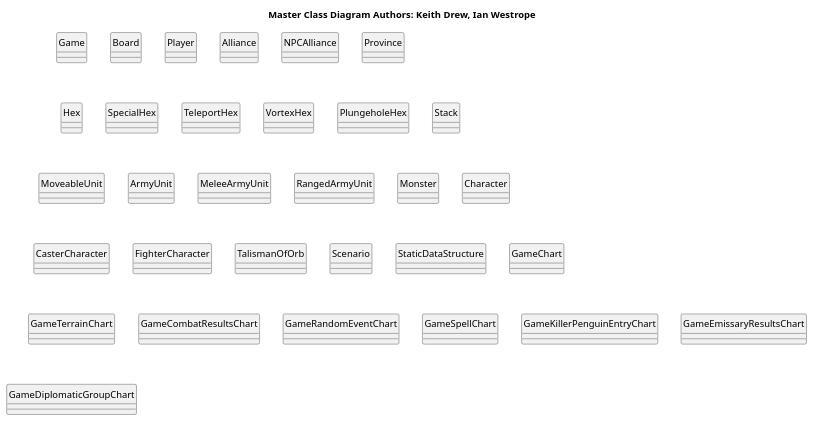
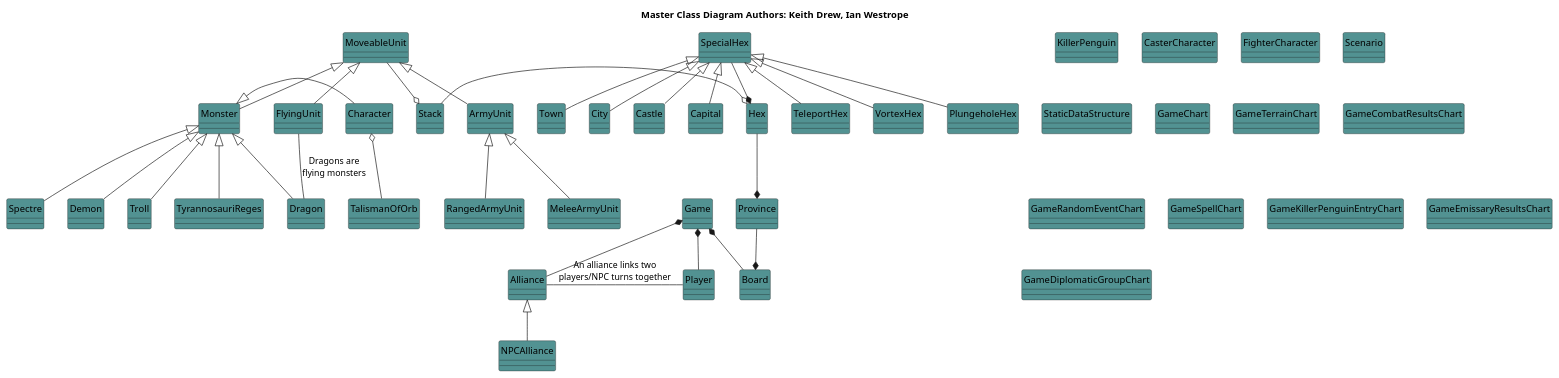
Before and after one commit to cjeffery/sworsorc: the diagram in doc/classDiagram.pu, drawn with PlantUML.

```diff
--- a/doc/classDiagram.pu
+++ b/doc/classDiagram.pu
@@ -1,100 +1,167 @@
 @startuml
 hide circle
 title <b>Master Class Diagram<b> Authors: Keith Drew, Ian Westrope
 
-class Game {
+Game *-- Board
+Game *-- Player
+Game *-- Alliance 
+Alliance <|-down- NPCAlliance
+Alliance - Player : An alliance links two\nplayers/NPC turns together
+Province -down-* Board
+Hex -down-* Province
+SpecialHex -down-* Hex
+TeleportHex -up-|> SpecialHex
+VortexHex -up-|> SpecialHex
+PlungeholeHex -up-|> SpecialHex
+Town -up-|> SpecialHex
+City -up-|> SpecialHex
+Castle -up-|> SpecialHex
+Capital -up-|> SpecialHex
 
+Stack -right-o Hex
+MoveableUnit -down-o Stack
+
+Monster -up-|> MoveableUnit
+ArmyUnit -up-|> MoveableUnit
+FlyingUnit -up-|> MoveableUnit
+Character -left-|> Monster
+RangedArmyUnit -up-|> ArmyUnit
+MeleeArmyUnit -up-|> ArmyUnit
+Dragon -up-|> Monster
+Demon -up-|> Monster
+Troll -up-|> Monster
+TyrannosauriReges -up-|> Monster
+Spectre -up-|> Monster
+FlyingUnit -- Dragon : Dragons are\nflying monsters
+TalismanOfOrb -up-o Character
+
+
+class Game #529292 {
 }
 
-class Board {
-
+class Board #529292 {
 }
 
-class Player {
+class Player #529292 {
 }
 
-class Alliance {
+class Alliance #529292 {
 }
 
-class NPCAlliance {
+class NPCAlliance #529292 {
 }
 
-class Province {
+class Province #529292 {
 }
 
-class Hex {
+class Hex #529292 {
 }
 
-class SpecialHex {
+class SpecialHex #529292 {
 }
 
-class TeleportHex {
+class TeleportHex #529292 {
 }
 
-class VortexHex {
+class VortexHex #529292 {
 }
 
-class PlungeholeHex {
+class PlungeholeHex #529292 {
 }
 
-class Stack {
+class Town #529292 {
 }
 
-class MoveableUnit {
+class Castle #529292 {
 }
 
-class ArmyUnit {
+class Capital #529292 {
 }
 
-class MeleeArmyUnit {
+class City #529292 {
 }
 
-class RangedArmyUnit {
+class Stack #529292 {
 }
 
-class Monster {
+class MoveableUnit #529292 {
 }
 
-class Character {
+class FlyingUnit #529292 {
 }
 
-class CasterCharacter {
+class ArmyUnit #529292 {
 }
 
-class FighterCharacter {
+class MeleeArmyUnit #529292 {
 }
 
-class TalismanOfOrb {
+class RangedArmyUnit #529292 {
 }
 
-class Scenario {
+class Monster #529292 {
 }
 
-class StaticDataStructure {
+class Dragon #529292 {
 }
 
-class GameChart {
+class Demon #529292 {
 }
 
-class GameTerrainChart {
+class Troll #529292 {
 }
 
-class GameCombatResultsChart {
+class TyrannosauriReges #529292 {
 }
 
-class GameRandomEventChart {
+class Spectre #529292 {
 }
 
-class GameSpellChart {
+class KillerPenguin #529292 {
 }
 
-class GameKillerPenguinEntryChart {
+class Character #529292 {
 }
 
-class GameEmissaryResultsChart {
+class CasterCharacter #529292 {
 }
 
-class GameDiplomaticGroupChart {
+class FighterCharacter #529292 {
 }
 
+class TalismanOfOrb #529292 {
+}
+
+class Scenario #529292 {
+}
+
+class StaticDataStructure #529292 {
+}
+
+class GameChart #529292 {
+}
+
+class GameTerrainChart #529292 {
+}
+
+class GameCombatResultsChart #529292 {
+}
+
+class GameRandomEventChart #529292 {
+}
+
+class GameSpellChart #529292 {
+}
+
+class GameKillerPenguinEntryChart #529292 {
+}
+
+class GameEmissaryResultsChart #529292 {
+}
+
+class GameDiplomaticGroupChart #529292 {
+}
+
+
+
 @enduml
```
